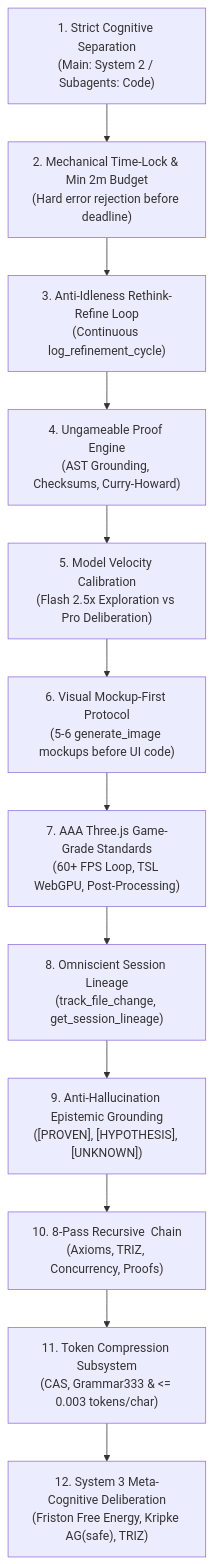
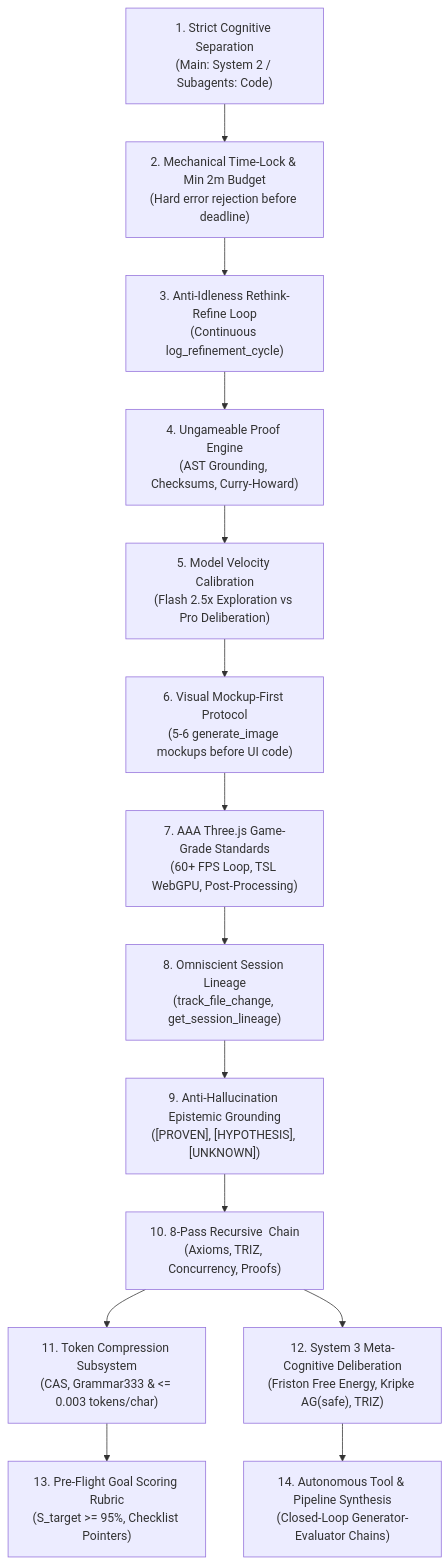
Before and after one commit to REX-codebase/fable-mode: the diagram in skills/fable-mode/SKILL.md, drawn with Mermaid. The commit also changed other lines of this file and 25 other files, not shown here.

Commit message:
feat: Add Goal Score Rubric Pointers, Autonomous Pipelines, and 10-Tool Coder Subagent MCP Fleet

````diff
--- a/skills/fable-mode/SKILL.md
+++ b/skills/fable-mode/SKILL.md
@@ -92,14 +95,16 @@
 ```mermaid
 graph TD
     P1["1. Strict Cognitive Separation<br/>(Main: System 2 / Subagents: Code)"] --> P2["2. Mechanical Time-Lock & Min 2m Budget<br/>(Hard error rejection before deadline)"]
     P2 --> P3["3. Anti-Idleness Rethink-Refine Loop<br/>(Continuous log_refinement_cycle)"]
     P3 --> P4["4. Ungameable Proof Engine<br/>(AST Grounding, Checksums, Curry-Howard)"]
     P4 --> P5["5. Model Velocity Calibration<br/>(Flash 2.5x Exploration vs Pro Deliberation)"]
     P5 --> P6["6. Visual Mockup-First Protocol<br/>(5-6 generate_image mockups before UI code)"]
     P6 --> P7["7. AAA Three.js Game-Grade Standards<br/>(60+ FPS Loop, TSL WebGPU, Post-Processing)"]
     P7 --> P8["8. Omniscient Session Lineage<br/>(track_file_change, get_session_lineage)"]
     P8 --> P9["9. Anti-Hallucination Epistemic Grounding<br/>([PROVEN], [HYPOTHESIS], [UNKNOWN])"]
     P9 --> P10["10. 8-Pass Recursive <thinking> Chain<br/>(Axioms, TRIZ, Concurrency, Proofs)"]
     P10 --> P11["11. Token Compression Subsystem<br/>(CAS, Grammar333 & <= 0.003 tokens/char)"]
-    P11 --> P12["12. System 3 Meta-Cognitive Deliberation<br/>(Friston Free Energy, Kripke AG(safe), TRIZ)"]
+    P10 --> P12["12. System 3 Meta-Cognitive Deliberation<br/>(Friston Free Energy, Kripke AG(safe), TRIZ)"]
+    P11 --> P13["13. Pre-Flight Goal Scoring Rubric<br/>(S_target >= 95%, Checklist Pointers)"]
+    P12 --> P14["14. Autonomous Tool & Pipeline Synthesis<br/>(Closed-Loop Generator-Evaluator Chains)"]
 ```
````
